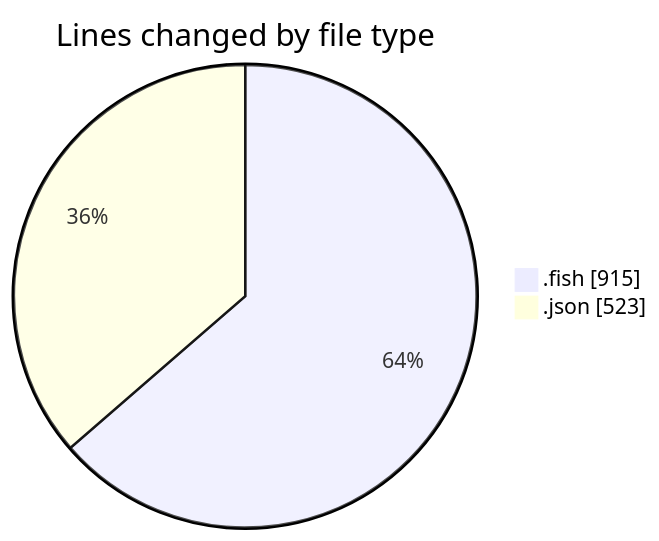
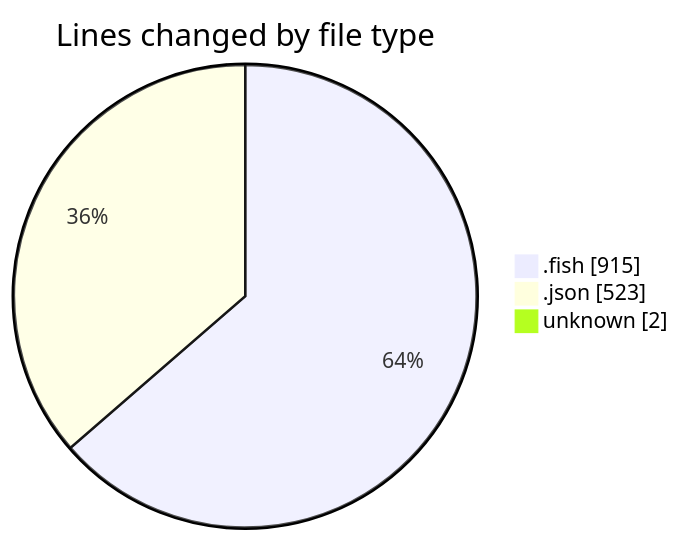
One commit to EIIisD/code-tracking changed the first of 2 diagrams in 2025-07-12/fish/README.md. Above: the diagram before and after it, drawn with Mermaid. The commit also changed other lines of this file and 1 other file, not shown here.

````diff
--- a/2025-07-12/fish/README.md
+++ b/2025-07-12/fish/README.md
@@ -23,6 +24,7 @@
 ```mermaid
 pie showData
 title Lines changed by file type
 ".fish" : 915
 ".json" : 523
+"unknown" : 2
 ```
````
